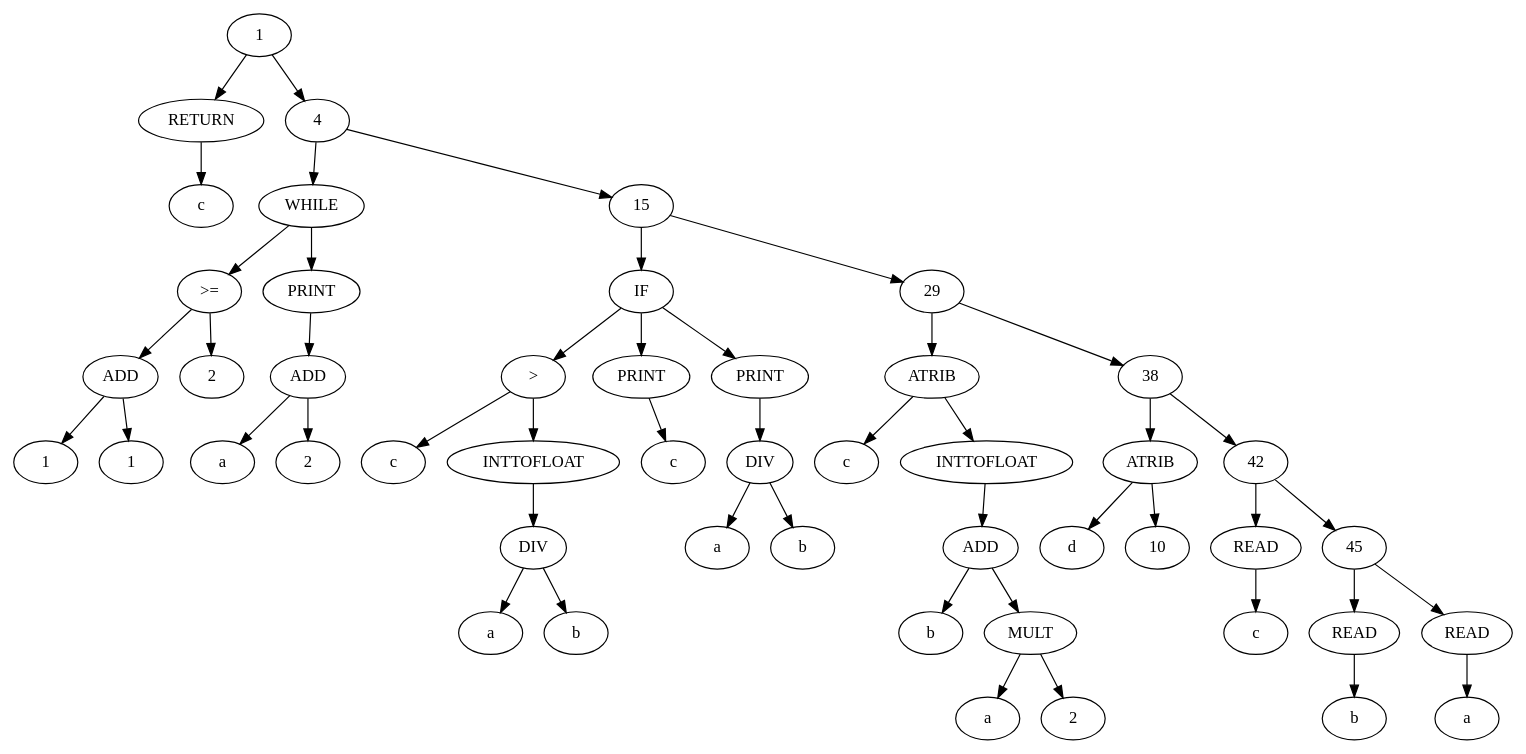
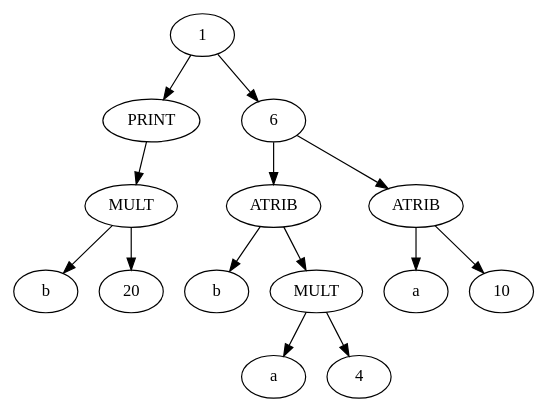
Before and after one commit to Kanchii/COM: the diagram in graph.dot, drawn with Graphviz. The commit also changed 3 other files, not shown here.

```diff
--- a/graph.dot
+++ b/graph.dot
@@ -1,92 +1,27 @@
 digraph G {
-	2 [label = "RETURN"];
-	3 [label = "c"];
-	5 [label = "WHILE"];
-	6 [label = ">="];
-	7 [label = "ADD"];
-	8 [label = "1"];
-	9 [label = "1"];
-	10 [label = "2"];
-	11 [label = "PRINT"];
-	12 [label = "ADD"];
+	2 [label = "PRINT"];
+	3 [label = "MULT"];
+	4 [label = "b"];
+	5 [label = "20"];
+	7 [label = "ATRIB"];
+	8 [label = "b"];
+	9 [label = "MULT"];
+	10 [label = "a"];
+	11 [label = "4"];
+	12 [label = "ATRIB"];
 	13 [label = "a"];
-	14 [label = "2"];
-	16 [label = "IF"];
-	17 [label = ">"];
-	18 [label = "c"];
-	19 [label = "INTTOFLOAT"];
-	20 [label = "DIV"];
-	21 [label = "a"];
-	22 [label = "b"];
-	23 [label = "PRINT"];
-	24 [label = "c"];
-	25 [label = "PRINT"];
-	26 [label = "DIV"];
-	27 [label = "a"];
-	28 [label = "b"];
-	30 [label = "ATRIB"];
-	31 [label = "c"];
-	32 [label = "INTTOFLOAT"];
-	33 [label = "ADD"];
-	34 [label = "b"];
-	35 [label = "MULT"];
-	36 [label = "a"];
-	37 [label = "2"];
-	39 [label = "ATRIB"];
-	40 [label = "d"];
-	41 [label = "10"];
-	43 [label = "READ"];
-	44 [label = "c"];
-	46 [label = "READ"];
-	47 [label = "b"];
-	48 [label = "READ"];
-	49 [label = "a"];
+	14 [label = "10"];
 	1 -> 2;
 	2 -> 3;
-	1 -> 4;
-	4 -> 5;
-	5 -> 6;
+	3 -> 4;
+	3 -> 5;
+	1 -> 6;
 	6 -> 7;
 	7 -> 8;
 	7 -> 9;
-	6 -> 10;
-	5 -> 11;
-	11 -> 12;
+	9 -> 10;
+	9 -> 11;
+	6 -> 12;
 	12 -> 13;
 	12 -> 14;
-	4 -> 15;
-	15 -> 16;
-	16 -> 17;
-	17 -> 18;
-	17 -> 19;
-	19 -> 20;
-	20 -> 21;
-	20 -> 22;
-	16 -> 23;
-	23 -> 24;
-	16 -> 25;
-	25 -> 26;
-	26 -> 27;
-	26 -> 28;
-	15 -> 29;
-	29 -> 30;
-	30 -> 31;
-	30 -> 32;
-	32 -> 33;
-	33 -> 34;
-	33 -> 35;
-	35 -> 36;
-	35 -> 37;
-	29 -> 38;
-	38 -> 39;
-	39 -> 40;
-	39 -> 41;
-	38 -> 42;
-	42 -> 43;
-	43 -> 44;
-	42 -> 45;
-	45 -> 46;
-	46 -> 47;
-	45 -> 48;
-	48 -> 49;
 }
```
